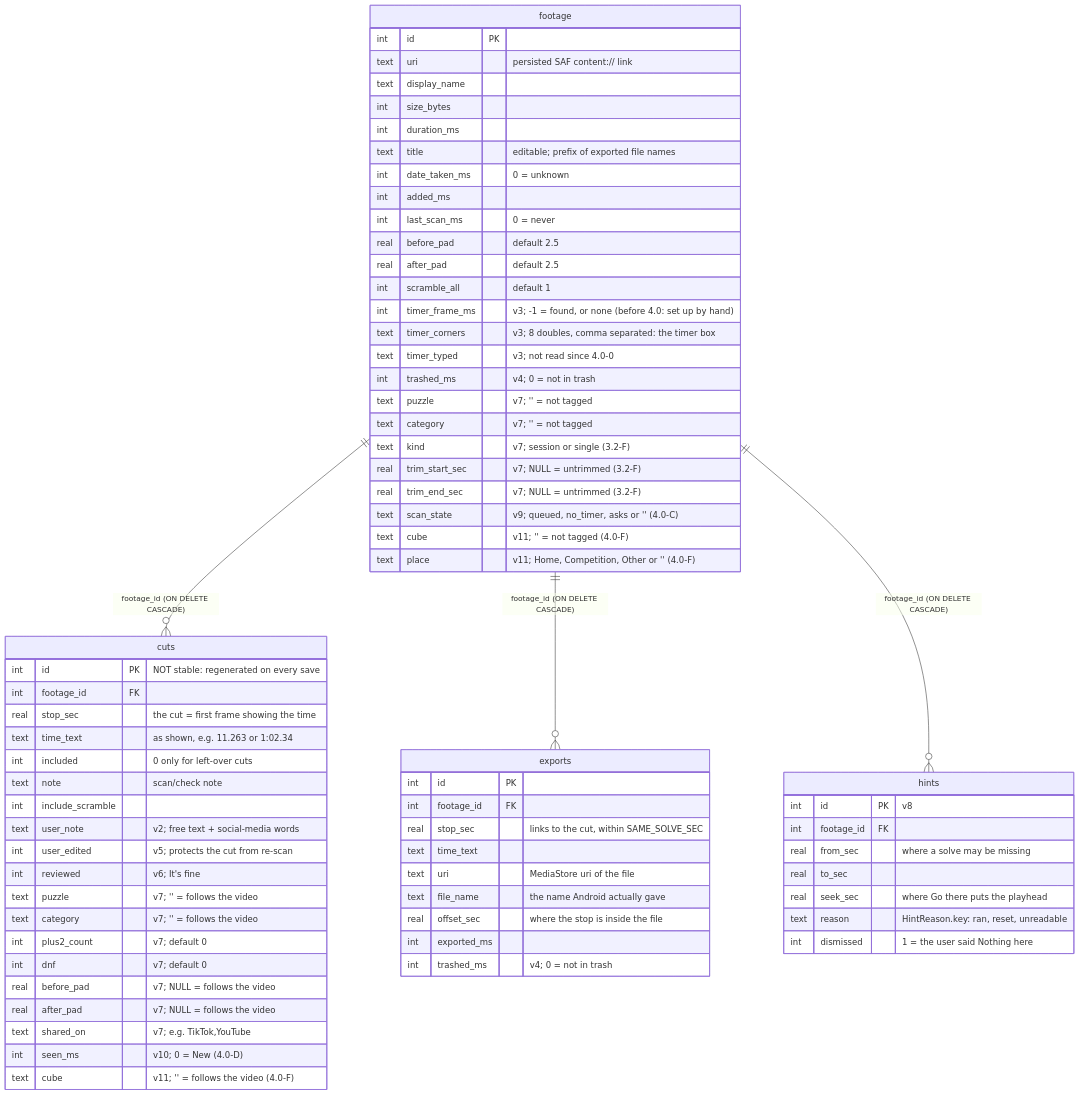
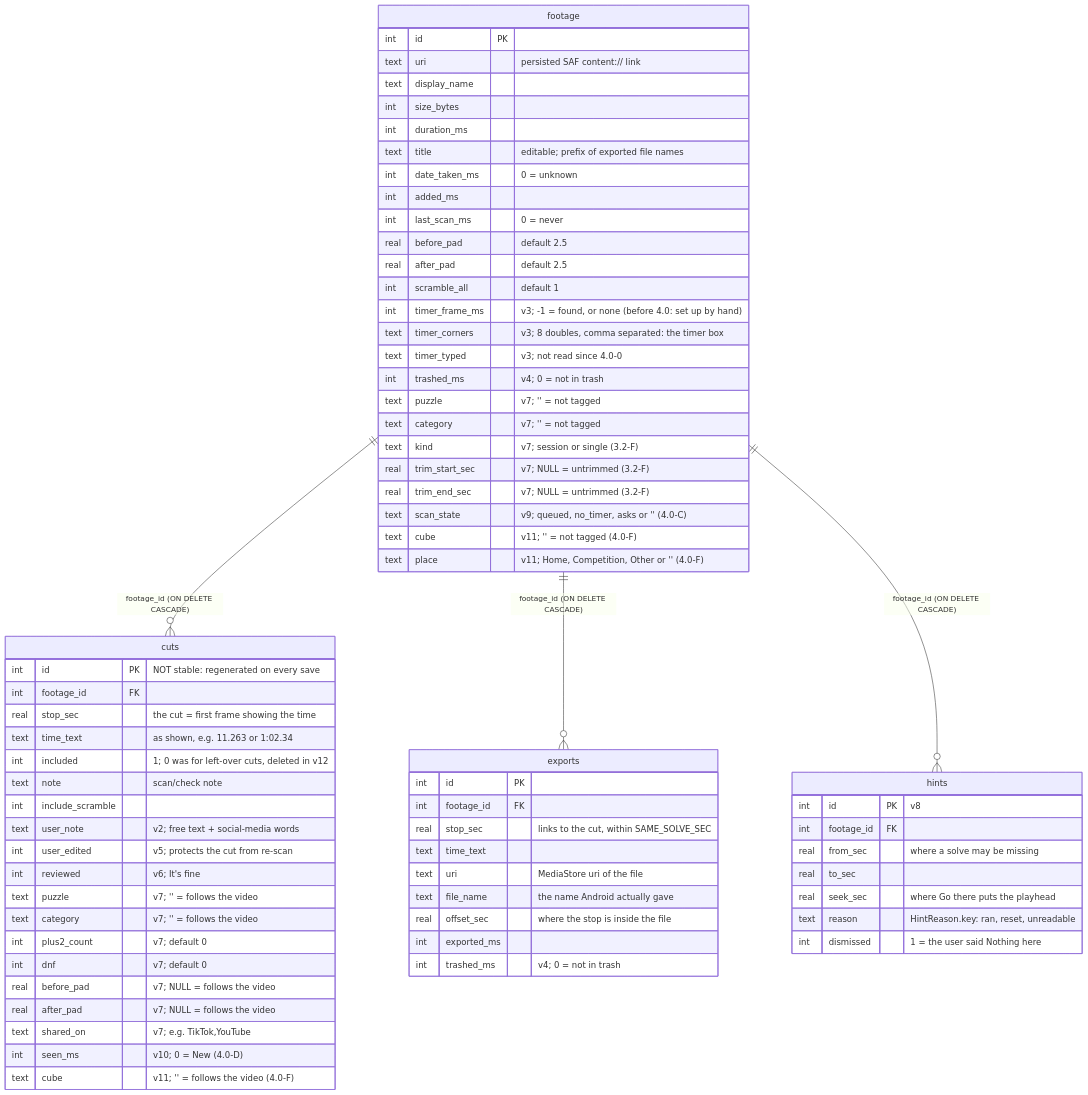
One commit to justinihil/CubeCut changed the diagram in docs/data-model.md. Above: the diagram before and after it, drawn with Mermaid. The commit also changed other lines of this file and 16 other files, not shown here.

````diff
--- a/docs/data-model.md
+++ b/docs/data-model.md
@@ -19,73 +19,73 @@
 ```mermaid
 erDiagram
   footage ||--o{ cuts : "footage_id (ON DELETE CASCADE)"
   footage ||--o{ exports : "footage_id (ON DELETE CASCADE)"
   footage ||--o{ hints : "footage_id (ON DELETE CASCADE)"
   footage {
     int id PK
     text uri "persisted SAF content:// link"
     text display_name
     int size_bytes
     int duration_ms
     text title "editable; prefix of exported file names"
     int date_taken_ms "0 = unknown"
     int added_ms
     int last_scan_ms "0 = never"
     real before_pad "default 2.5"
     real after_pad "default 2.5"
     int scramble_all "default 1"
     int timer_frame_ms "v3; -1 = found, or none (before 4.0: set up by hand)"
     text timer_corners "v3; 8 doubles, comma separated: the timer box"
     text timer_typed "v3; not read since 4.0-0"
     int trashed_ms "v4; 0 = not in trash"
     text puzzle "v7; '' = not tagged"
     text category "v7; '' = not tagged"
     text kind "v7; session or single (3.2-F)"
     real trim_start_sec "v7; NULL = untrimmed (3.2-F)"
     real trim_end_sec "v7; NULL = untrimmed (3.2-F)"
     text scan_state "v9; queued, no_timer, asks or '' (4.0-C)"
     text cube "v11; '' = not tagged (4.0-F)"
     text place "v11; Home, Competition, Other or '' (4.0-F)"
   }
   cuts {
     int id PK "NOT stable: regenerated on every save"
     int footage_id FK
     real stop_sec "the cut = first frame showing the time"
     text time_text "as shown, e.g. 11.263 or 1:02.34"
-    int included "0 only for left-over cuts"
+    int included "1; 0 was for left-over cuts, deleted in v12"
     text note "scan/check note"
     int include_scramble
     text user_note "v2; free text + social-media words"
     int user_edited "v5; protects the cut from re-scan"
     int reviewed "v6; It's fine"
     text puzzle "v7; '' = follows the video"
     text category "v7; '' = follows the video"
     int plus2_count "v7; default 0"
     int dnf "v7; default 0"
     real before_pad "v7; NULL = follows the video"
     real after_pad "v7; NULL = follows the video"
     text shared_on "v7; e.g. TikTok,YouTube"
     int seen_ms "v10; 0 = New (4.0-D)"
     text cube "v11; '' = follows the video (4.0-F)"
   }
   exports {
     int id PK
     int footage_id FK
     real stop_sec "links to the cut, within SAME_SOLVE_SEC"
     text time_text
     text uri "MediaStore uri of the file"
     text file_name "the name Android actually gave"
     real offset_sec "where the stop is inside the file"
     int exported_ms
     int trashed_ms "v4; 0 = not in trash"
   }
   hints {
     int id PK "v8"
     int footage_id FK
     real from_sec "where a solve may be missing"
     real to_sec
     real seek_sec "where Go there puts the playhead"
     text reason "HintReason.key: ran, reset, unreadable"
     int dismissed "1 = the user said Nothing here"
   }
 ```
````
